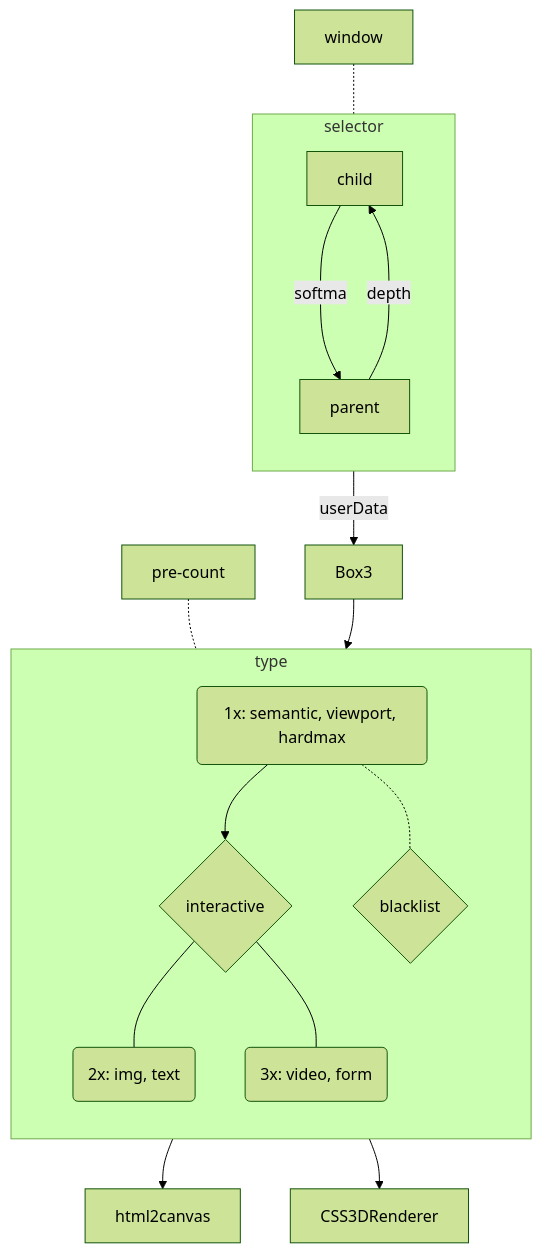
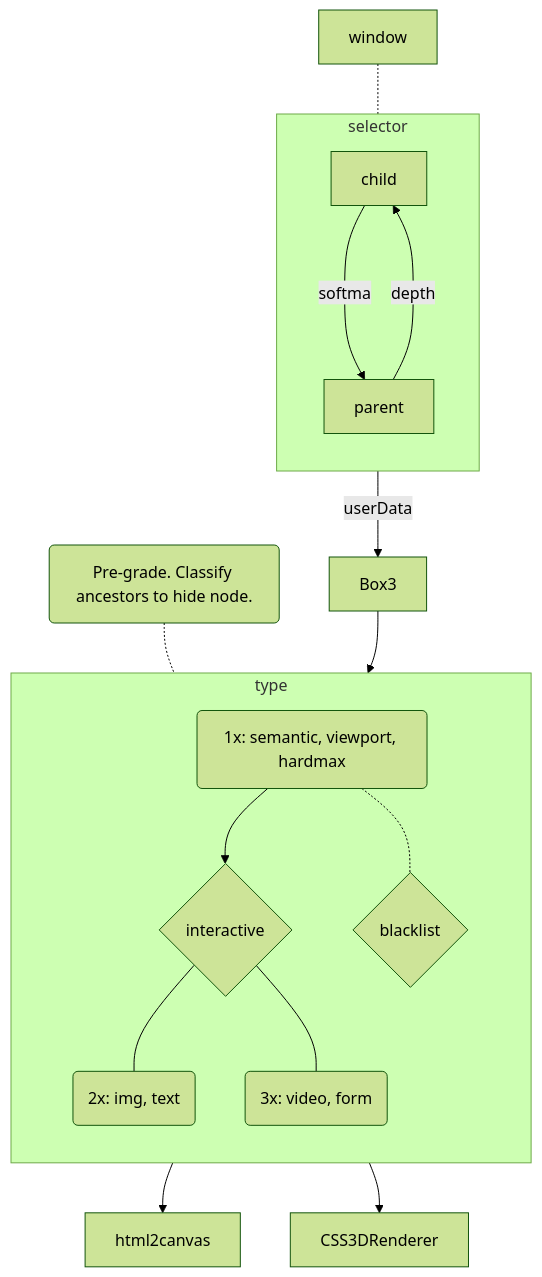
The diagram in README.md (KurtPachinger/mpos-precept), drawn with Mermaid (forest theme) before and after one commit.

````diff
--- a/README.md
+++ b/README.md
@@ -5,30 +5,33 @@
 ```mermaid
 flowchart TB
 
 window-.-selector
 subgraph selector
  direction TB
  child--softmax-->parent
  parent--depth-->child
 end
 
 
-pre-count-.-b
+grade("Pre-grade. Classify ancestors to hide node.")
+  
+
+grade-.-b
 selector--userData-->Box3-->a
 
 
 
 subgraph type
   direction TB
 
   a("1x: semantic, viewport, hardmax")
   a-.-tag{blacklist}
   a-->b{interactive}
   b---canvas("2x: img, text")
   b---css3d("3x: video, form")
 
 end
 
 canvas-->html2canvas
 css3d-->CSS3DRenderer
 ```
````
